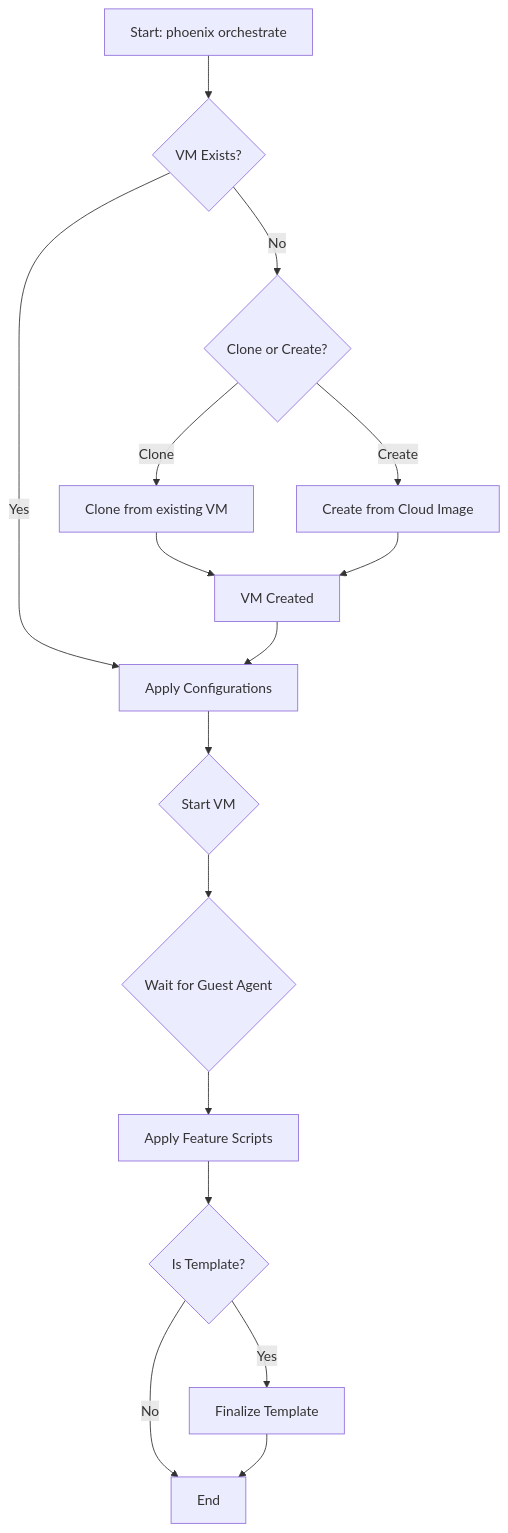
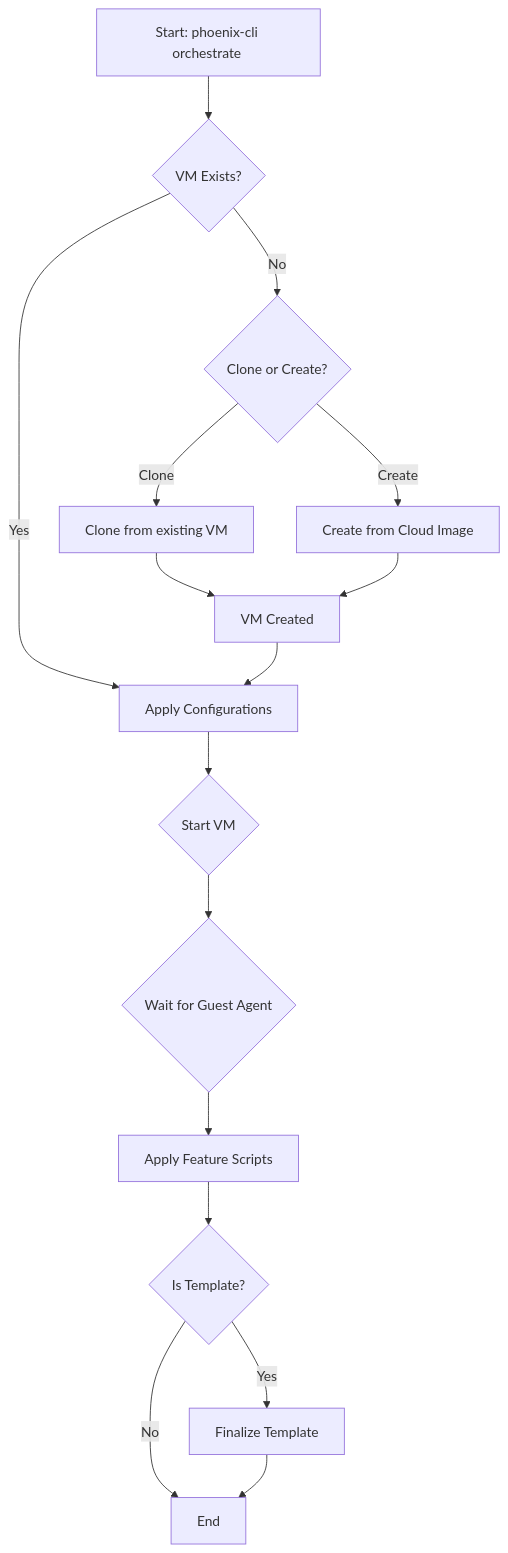
One commit to SirHeads/Testing-ideas changed the diagram in Thinkheads.AI_docs/03_phoenix_hypervisor_implementation/00_guides/vm_creation_guide.md. Above: the diagram before and after it, drawn with Mermaid. The commit also changed other lines of this file and 13 other files, not shown here.

Commit message:
phoenix-cli and docs

````diff
--- a/Thinkheads.AI_docs/03_phoenix_hypervisor_implementation/00_guides/vm_creation_guide.md
+++ b/Thinkheads.AI_docs/03_phoenix_hypervisor_implementation/00_guides/vm_creation_guide.md
@@ -91,18 +91,18 @@
 ```mermaid
 graph TD
-    A[Start: phoenix orchestrate <VMID>] --> B{VM Exists?};
+    A[Start: phoenix-cli orchestrate <VMID>] --> B{VM Exists?};
     B -- Yes --> G[Apply Configurations];
     B -- No --> C{Clone or Create?};
     C -- Clone --> D[Clone from existing VM];
     C -- Create --> E[Create from Cloud Image];
     D --> F[VM Created];
     E --> F;
     F --> G;
     G --> H{Start VM};
     H --> I{Wait for Guest Agent};
     I --> J[Apply Feature Scripts];
     J --> K{Is Template?};
     K -- Yes --> L[Finalize Template];
     K -- No --> M[End];
     L --> M;
 ```
````
